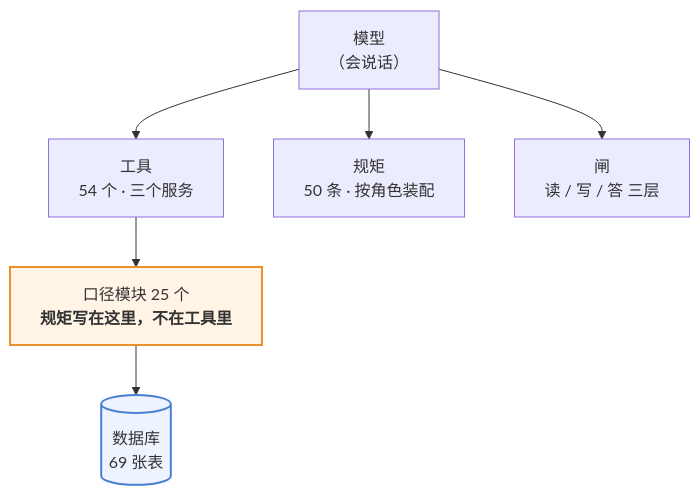
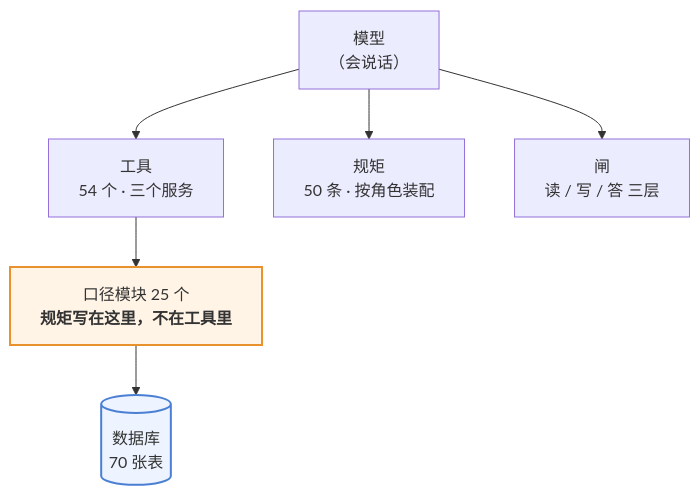
Before and after one commit to 843773296-rgb/lanxiu-yunshang-agent: the first of 3 diagrams in 澜绣云裳agent-产品说明.md, drawn with Mermaid. The commit also changed other lines of this file and 4 other files, not shown here.

````diff
--- a/澜绣云裳agent-产品说明.md
+++ b/澜绣云裳agent-产品说明.md
@@ -62,12 +62,12 @@
 ```mermaid
 flowchart TD
     M["模型<br/>（会说话）"]
     M --> T["工具<br/>54 个 · 三个服务"]
     M --> R["规矩<br/>50 条 · 按角色装配"]
     M --> G["闸<br/>读 / 写 / 答 三层"]
     T --> K["口径模块 25 个<br/><b>规矩写在这里，不在工具里</b>"]
-    K --> DB[("数据库<br/>69 张表")]
+    K --> DB[("数据库<br/>70 张表")]
 
     style K fill:#fff4e6,stroke:#e8912d,stroke-width:2px
     style DB fill:#eef4ff,stroke:#4a7fd4,stroke-width:2px
 ```
````
